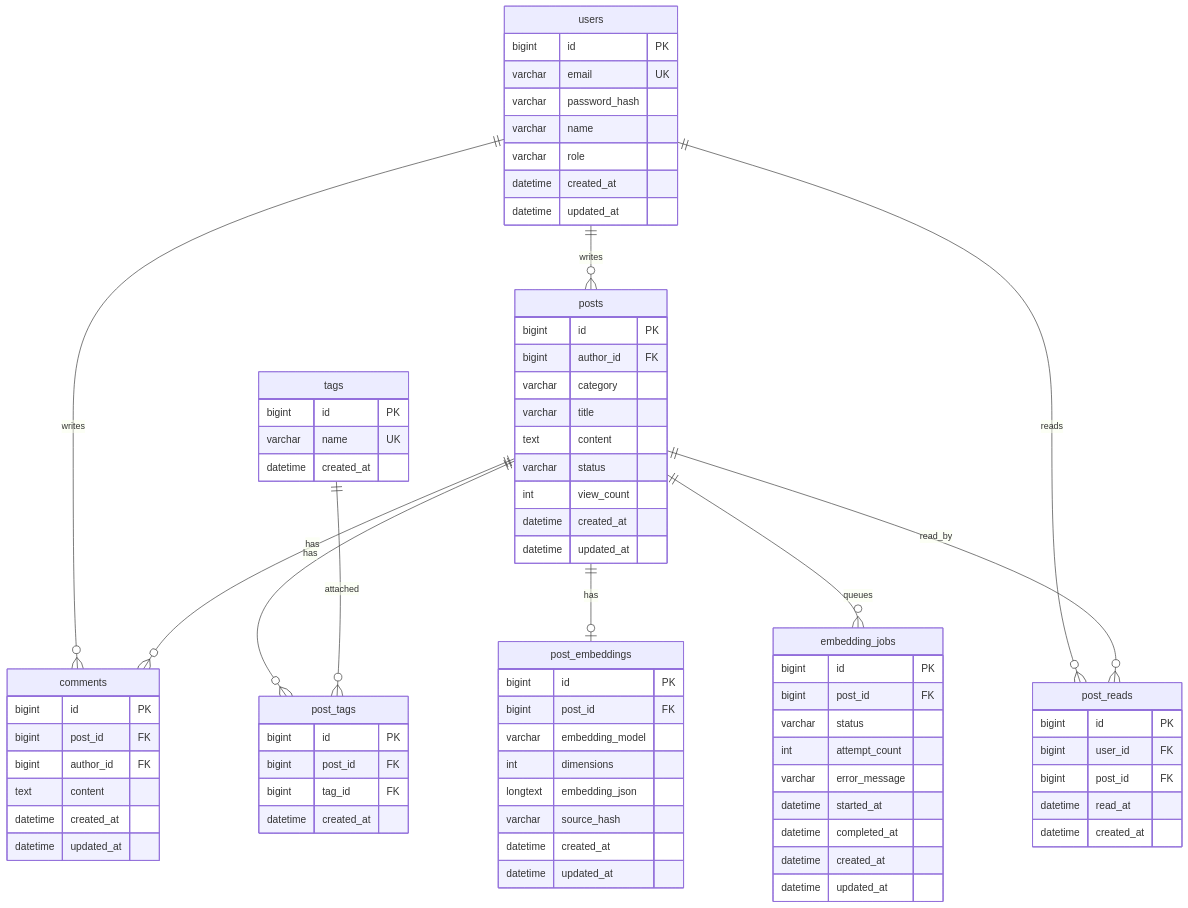
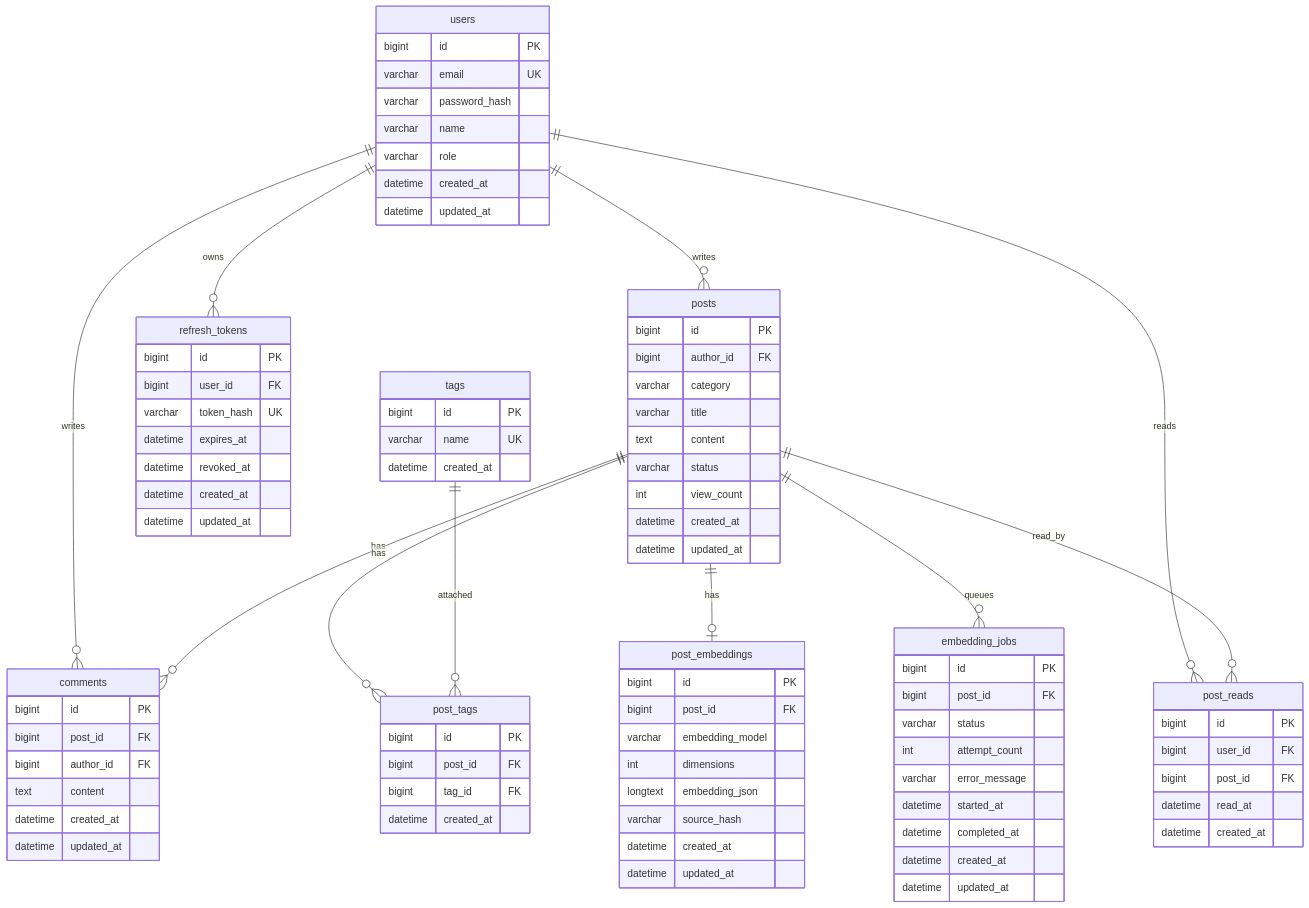
The diagram in docs/database-schema.md (Jungle-12-303/week15-16_team03_ai_board_lab), drawn with Mermaid before and after one commit. The commit also changed other lines of this file and 19 other files, not shown here.

First line of the commit message:
feat: refresh token rotation으로 세션 재발급 구현

````diff
--- a/docs/database-schema.md
+++ b/docs/database-schema.md
@@ -10,6 +10,7 @@
     users ||--o{ posts : writes
     users ||--o{ comments : writes
     users ||--o{ post_reads : reads
+    users ||--o{ refresh_tokens : owns
     posts ||--o{ comments : has
     posts ||--o{ post_tags : has
     posts ||--o| post_embeddings : has
@@ -91,4 +92,14 @@
         datetime read_at
         datetime created_at
     }
+
+    refresh_tokens {
+        bigint id PK
+        bigint user_id FK
+        varchar token_hash UK
+        datetime expires_at
+        datetime revoked_at
+        datetime created_at
+        datetime updated_at
+    }
 ```
````
